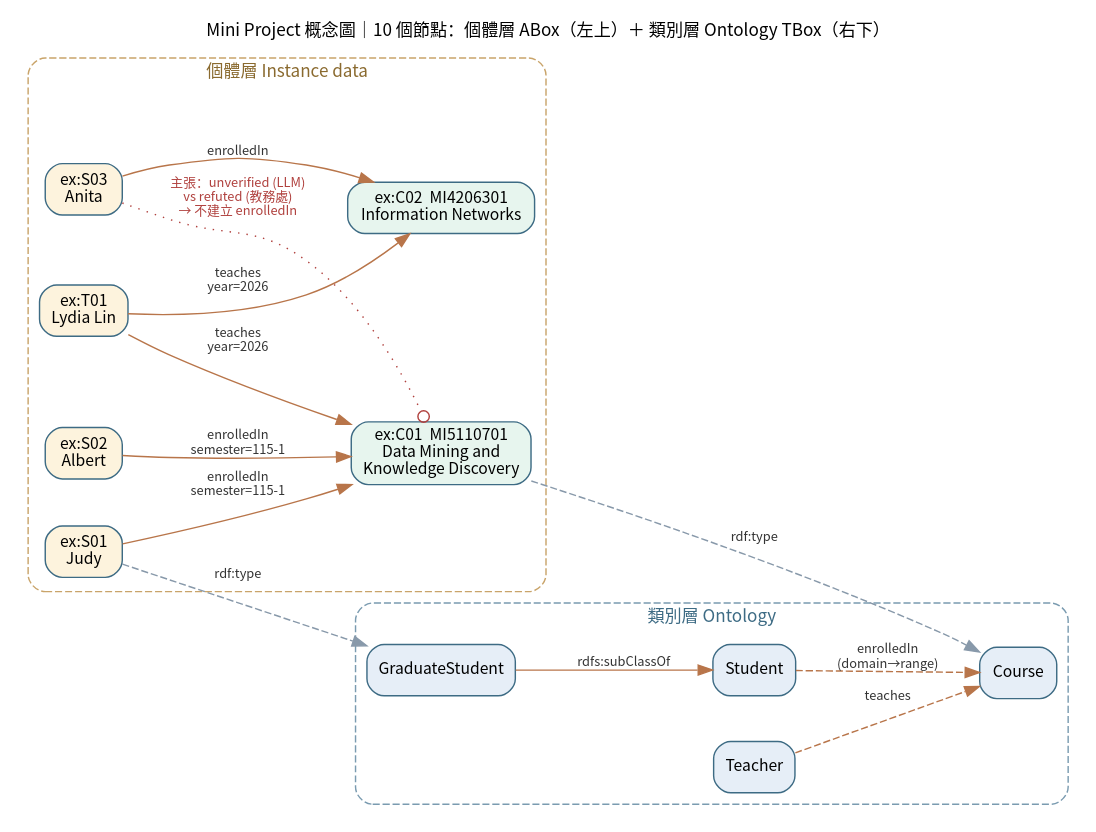
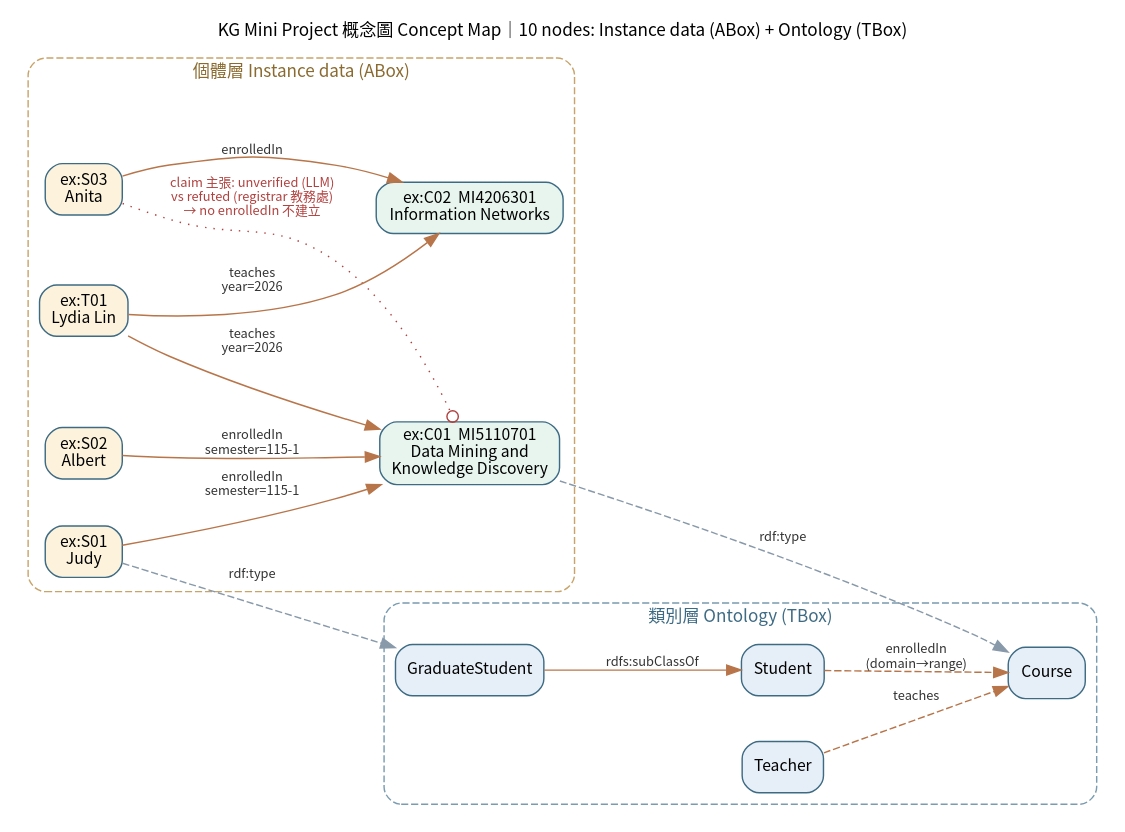
The diagram in concept_map.dot (Lydia-HML/kg-mini-project), drawn with Graphviz before and after one commit. The commit also changed 3 other files, not shown here.

First line of the commit message:
Bilingual README with concept map and requirements section

```diff
--- a/concept_map.dot
+++ b/concept_map.dot
@@ -1,37 +1,37 @@
 // 概念圖：10 個節點（類別層 4 + 個體層 6），講義第 23 頁繳交物
 digraph KG {
   graph [rankdir=LR, fontname="Noto Sans CJK TC", fontsize=12, nodesep=0.45, ranksep=0.8, bgcolor="white",
-         label="Mini Project 概念圖｜10 個節點：個體層 ABox（左上）＋ 類別層 Ontology TBox（右下）", labelloc=t];
+         label="KG Mini Project 概念圖 Concept Map｜10 nodes: Instance data (ABox) + Ontology (TBox)", labelloc=t];
   node  [fontname="Noto Sans CJK TC", fontsize=11, shape=box, style="rounded,filled", color="#3d6b84"];
   edge  [fontname="Noto Sans CJK TC", fontsize=9, color="#b8754a", fontcolor="#333333"];
 
   subgraph cluster_tbox {
-    label="類別層 Ontology"; style="rounded,dashed"; color="#7a9bb0"; fontcolor="#3d6b84";
+    label="類別層 Ontology (TBox)"; style="rounded,dashed"; color="#7a9bb0"; fontcolor="#3d6b84";
     GraduateStudent [fillcolor="#e6eef7"];
     Student [fillcolor="#e6eef7"];
     Course  [fillcolor="#e6eef7"];
     Teacher [fillcolor="#e6eef7"];
     GraduateStudent -> Student [label="rdfs:subClassOf"];
     Student -> Course [label="enrolledIn\n(domain→range)", style=dashed];
     Teacher -> Course [label="teaches", style=dashed];
   }
 
   subgraph cluster_abox {
-    label="個體層 Instance data"; style="rounded,dashed"; color="#c9a46a"; fontcolor="#8a6a2f";
+    label="個體層 Instance data (ABox)"; style="rounded,dashed"; color="#c9a46a"; fontcolor="#8a6a2f";
     S01 [label="ex:S01\nJudy", fillcolor="#fdf3dd"];
     S02 [label="ex:S02\nAlbert", fillcolor="#fdf3dd"];
     S03 [label="ex:S03\nAnita", fillcolor="#fdf3dd"];
     C01 [label="ex:C01  MI5110701\nData Mining and\nKnowledge Discovery", fillcolor="#e7f5ee"];
     C02 [label="ex:C02  MI4206301\nInformation Networks", fillcolor="#e7f5ee"];
     T01 [label="ex:T01\nLydia Lin", fillcolor="#fdf3dd"];
     S01 -> C01 [label="enrolledIn\nsemester=115-1"];
     S02 -> C01 [label="enrolledIn\nsemester=115-1"];
     S03 -> C02 [label="enrolledIn"];
     T01 -> C02 [label="teaches\nyear=2026"];
     T01 -> C01 [label="teaches\nyear=2026"];
-    S03 -> C01 [label="主張：unverified (LLM)\n vs refuted (教務處)\n→ 不建立 enrolledIn", style=dotted, color="#b0413e", fontcolor="#b0413e", arrowhead=odot];
+    S03 -> C01 [label="claim 主張: unverified (LLM)\nvs refuted (registrar 教務處)\n→ no enrolledIn 不建立", style=dotted, color="#b0413e", fontcolor="#b0413e", arrowhead=odot];
   }
 
   S01 -> GraduateStudent [label="rdf:type", color="#8899aa", style=dashed];
   C01 -> Course [label="rdf:type", color="#8899aa", style=dashed];
 }
```
